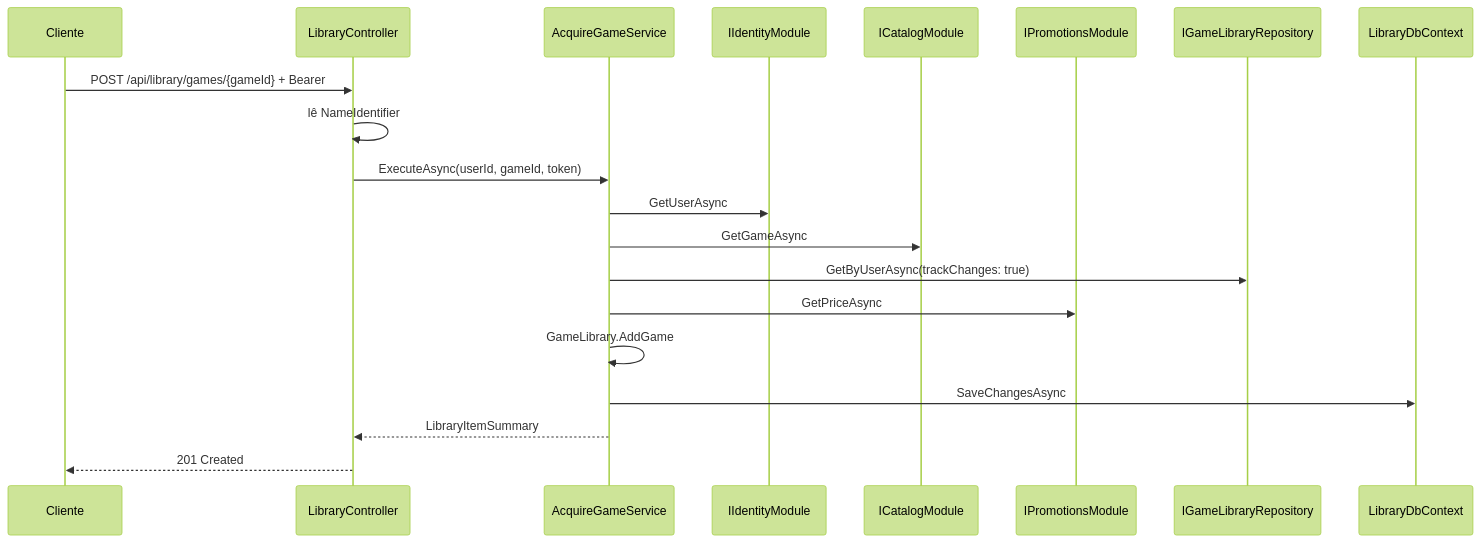
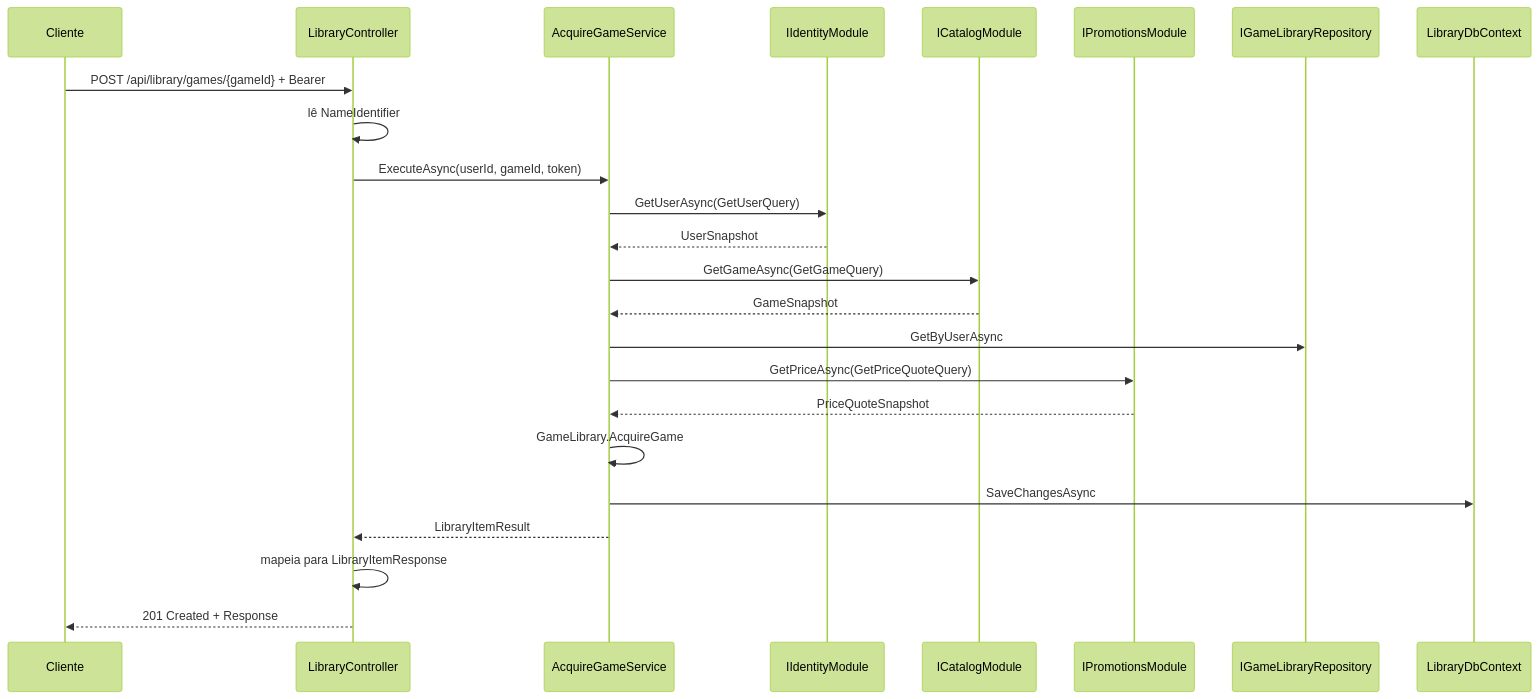
The diagram in docs/architecture/request-flow.md (MarinsPedro/Fiap), drawn with Mermaid (forest theme) before and after one commit. The commit also changed other lines of this file and 237 other files, not shown here.

````diff
--- a/docs/architecture/request-flow.md
+++ b/docs/architecture/request-flow.md
@@ -24,22 +24,26 @@
 ```mermaid
 sequenceDiagram
     participant Client as Cliente
     participant Controller as LibraryController
     participant App as AcquireGameService
     participant Identity as IIdentityModule
     participant Catalog as ICatalogModule
     participant Promo as IPromotionsModule
     participant Repo as IGameLibraryRepository
     participant Db as LibraryDbContext
     Client->>Controller: POST /api/library/games/{gameId} + Bearer
     Controller->>Controller: lê NameIdentifier
     Controller->>App: ExecuteAsync(userId, gameId, token)
-    App->>Identity: GetUserAsync
-    App->>Catalog: GetGameAsync
-    App->>Repo: GetByUserAsync(trackChanges: true)
-    App->>Promo: GetPriceAsync
-    App->>App: GameLibrary.AddGame
+    App->>Identity: GetUserAsync(GetUserQuery)
+    Identity-->>App: UserSnapshot
+    App->>Catalog: GetGameAsync(GetGameQuery)
+    Catalog-->>App: GameSnapshot
+    App->>Repo: GetByUserAsync
+    App->>Promo: GetPriceAsync(GetPriceQuoteQuery)
+    Promo-->>App: PriceQuoteSnapshot
+    App->>App: GameLibrary.AcquireGame
     App->>Db: SaveChangesAsync
-    App-->>Controller: LibraryItemSummary
-    Controller-->>Client: 201 Created
+    App-->>Controller: LibraryItemResult
+    Controller->>Controller: mapeia para LibraryItemResponse
+    Controller-->>Client: 201 Created + Response
 ```
````
